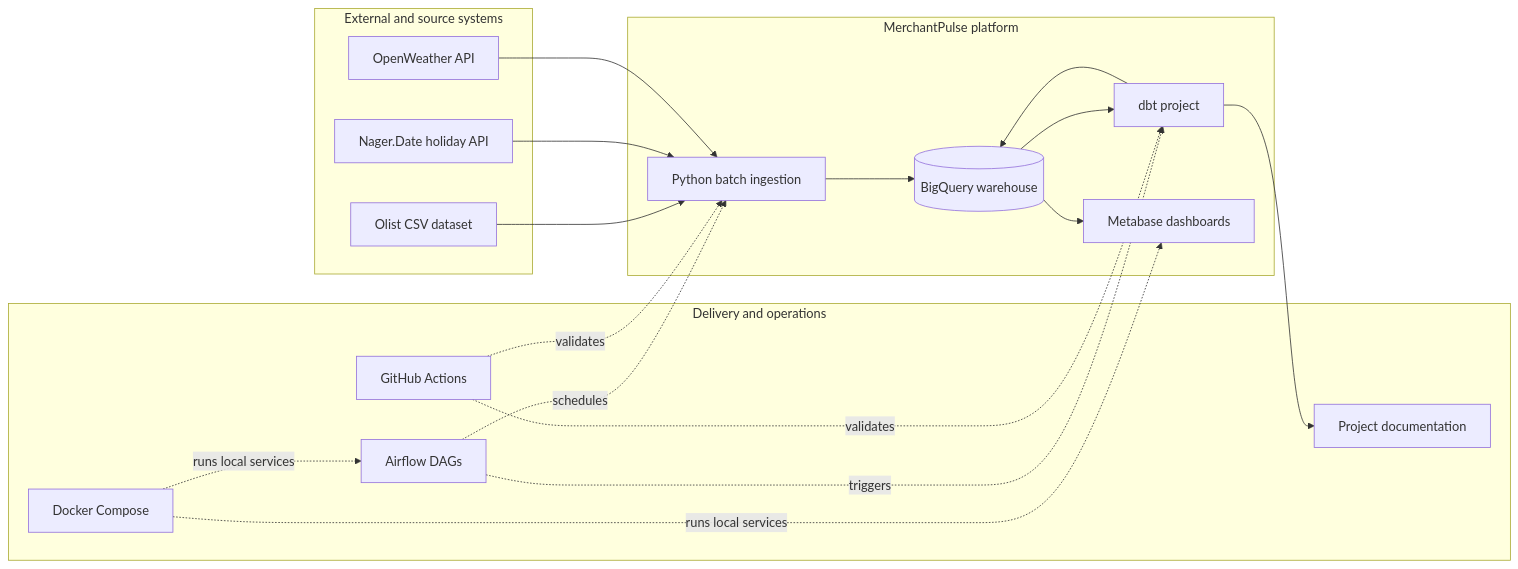
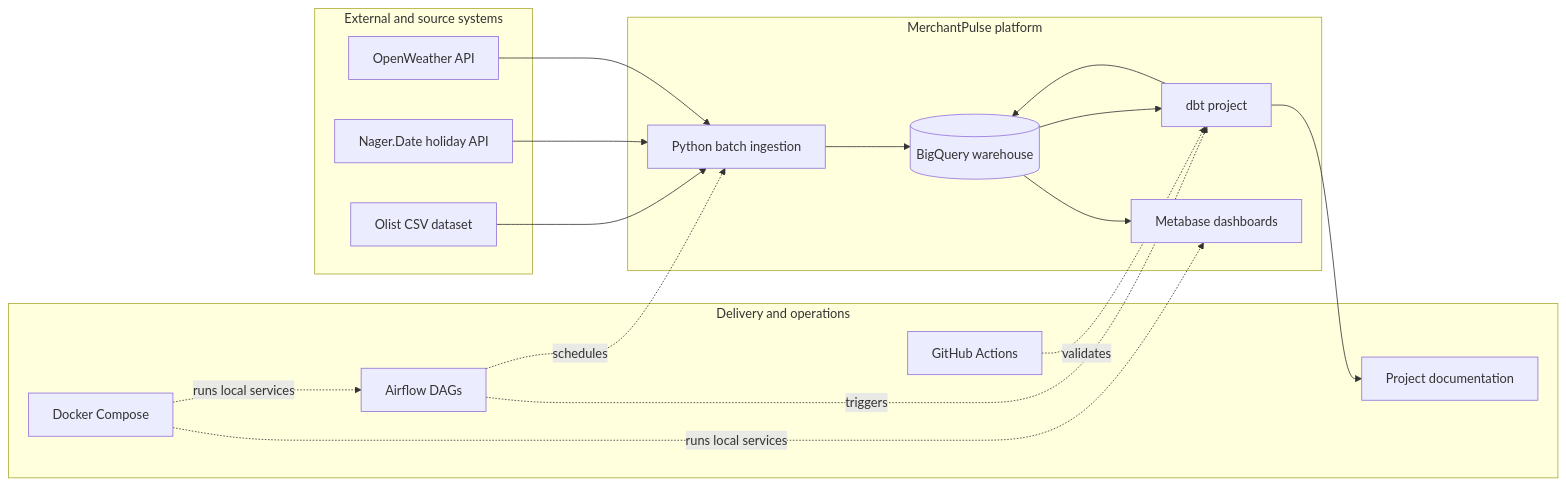
The first of 3 diagrams in docs/architecture.md (cchoooots98/marketplace-analytics-platform), drawn with Mermaid before and after one commit. The commit also changed other lines of this file and 6 other files, not shown here.

````diff
--- a/docs/architecture.md
+++ b/docs/architecture.md
@@ -41,38 +19,37 @@
 ```mermaid
 flowchart LR
     subgraph sources["External and source systems"]
         olist["Olist CSV dataset"]
         holiday_api["Nager.Date holiday API"]
         weather_api["OpenWeather API"]
     end
 
     subgraph platform["MerchantPulse platform"]
         ingestion["Python batch ingestion"]
         warehouse[("BigQuery warehouse")]
         transform["dbt project"]
         dashboards["Metabase dashboards"]
     end
 
     subgraph delivery["Delivery and operations"]
         airflow["Airflow DAGs"]
         docker["Docker Compose"]
         github["GitHub Actions"]
         docs["Project documentation"]
     end
 
     olist --> ingestion
     holiday_api --> ingestion
     weather_api --> ingestion
     ingestion --> warehouse
     warehouse --> transform
     transform --> warehouse
     warehouse --> dashboards
     transform --> docs
 
     airflow -. schedules .-> ingestion
     airflow -. triggers .-> transform
     docker -. runs local services .-> airflow
     docker -. runs local services .-> dashboards
-    github -. validates .-> ingestion
     github -. validates .-> transform
 ```
````
